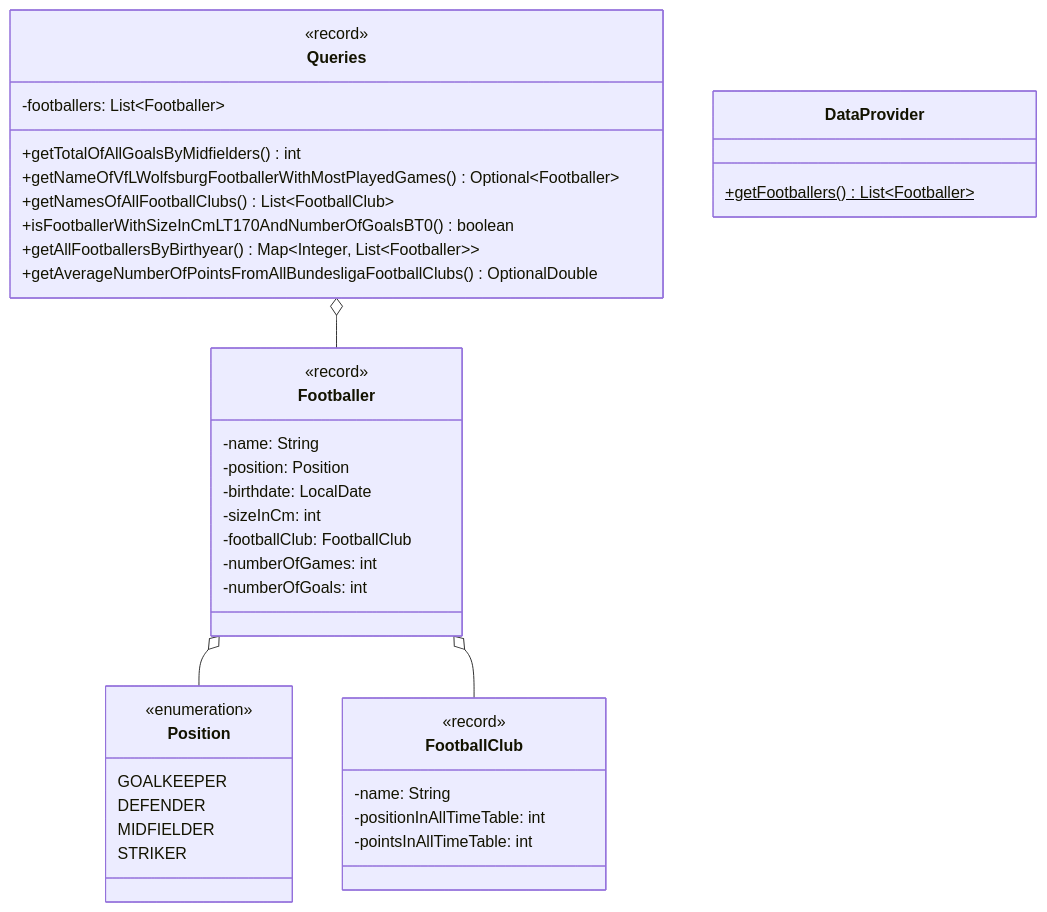
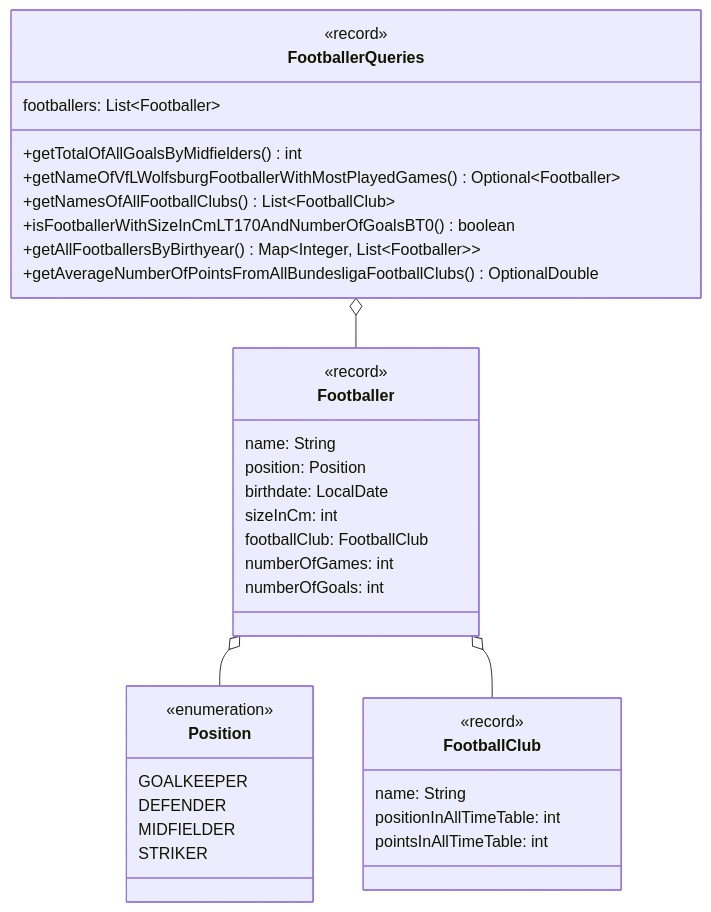
Before and after one commit to jappuccini/java-docs: the diagram in docs/exercises/java-stream-api/java-stream-api02.mdx, drawn with Mermaid. The commit also changed other lines of this file and 33 other files, not shown here.

````diff
--- a/docs/exercises/java-stream-api/java-stream-api02.mdx
+++ b/docs/exercises/java-stream-api/java-stream-api02.mdx
@@ -15,47 +15,43 @@
 ```mermaid
 classDiagram
     Footballer o-- Position
     Footballer o-- FootballClub
-    Queries o-- Footballer
+    FootballerQueries o-- Footballer
 
     class Position {
         <<enumeration>>
         GOALKEEPER
         DEFENDER
         MIDFIELDER
         STRIKER
     }
 
     class Footballer {
         <<record>>
-        -name: String
-        -position: Position
-        -birthdate: LocalDate
-        -sizeInCm: int
-        -footballClub: FootballClub
-        -numberOfGames: int
-        -numberOfGoals: int
+        name: String
+        position: Position
+        birthdate: LocalDate
+        sizeInCm: int
+        footballClub: FootballClub
+        numberOfGames: int
+        numberOfGoals: int
     }
 
     class FootballClub {
         <<record>>
-        -name: String
-        -positionInAllTimeTable: int
-        -pointsInAllTimeTable: int
+        name: String
+        positionInAllTimeTable: int
+        pointsInAllTimeTable: int
     }
 
-    class DataProvider {
-        +getFootballers()$ List~Footballer~
-    }
-
-    class Queries {
+    class FootballerQueries {
         <<record>>
-        -footballers: List~Footballer~
+        footballers: List~Footballer~
         +getTotalOfAllGoalsByMidfielders() int
         +getNameOfVfLWolfsburgFootballerWithMostPlayedGames() Optional~Footballer~
         +getNamesOfAllFootballClubs() List~FootballClub~
         +isFootballerWithSizeInCmLT170AndNumberOfGoalsBT0() boolean
         +getAllFootballersByBirthyear() Map~Integer&sbquo; List~Footballer~~
         +getAverageNumberOfPointsFromAllBundesligaFootballClubs() OptionalDouble
     }
 ```
````
